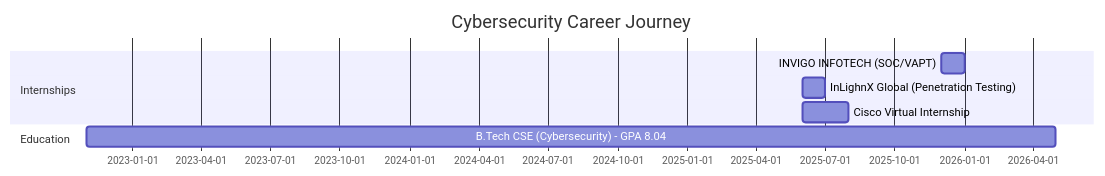
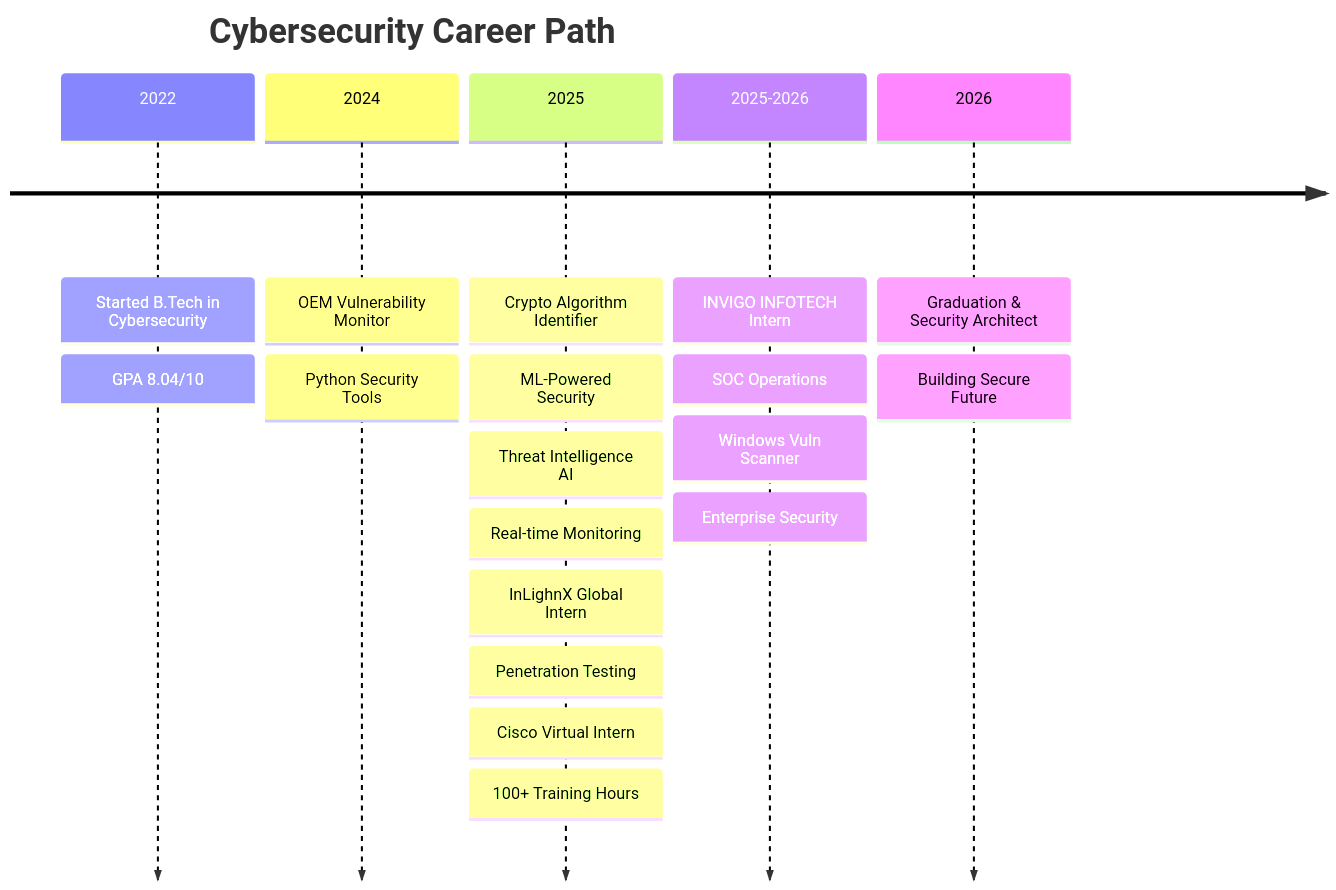
Before and after one commit to Aayush-Raj-Singh/Aayush-Raj-Singh: the diagram in README.md, drawn with Mermaid. The commit also changed other lines of this file, not shown here.

````diff
--- a/README.md
+++ b/README.md
@@ -250,11 +336,13 @@
 ```mermaid
-gantt
-    title Cybersecurity Career Journey
-    dateFormat  YYYY-MM
-    section Internships
-    INVIGO INFOTECH (SOC/VAPT)           :2025-12, 2026-01
-    InLighnX Global (Penetration Testing) :2025-06, 2025-07
-    Cisco Virtual Internship              :2025-06, 2025-08
-    section Education
-    B.Tech CSE (Cybersecurity) - GPA 8.04 :2022-11, 2026-05
+timeline
+    title Cybersecurity Career Path
+    2022 : Started B.Tech in Cybersecurity : GPA 8.04/10
+    2024 : OEM Vulnerability Monitor : Python Security Tools
+    2025 : Crypto Algorithm Identifier : ML-Powered Security
+         : Threat Intelligence AI : Real-time Monitoring
+         : InLighnX Global Intern : Penetration Testing
+         : Cisco Virtual Intern : 100+ Training Hours
+    2025-2026 : INVIGO INFOTECH Intern : SOC Operations
+              : Windows Vuln Scanner : Enterprise Security
+    2026 : Graduation & Security Architect : Building Secure Future
 ```
````
